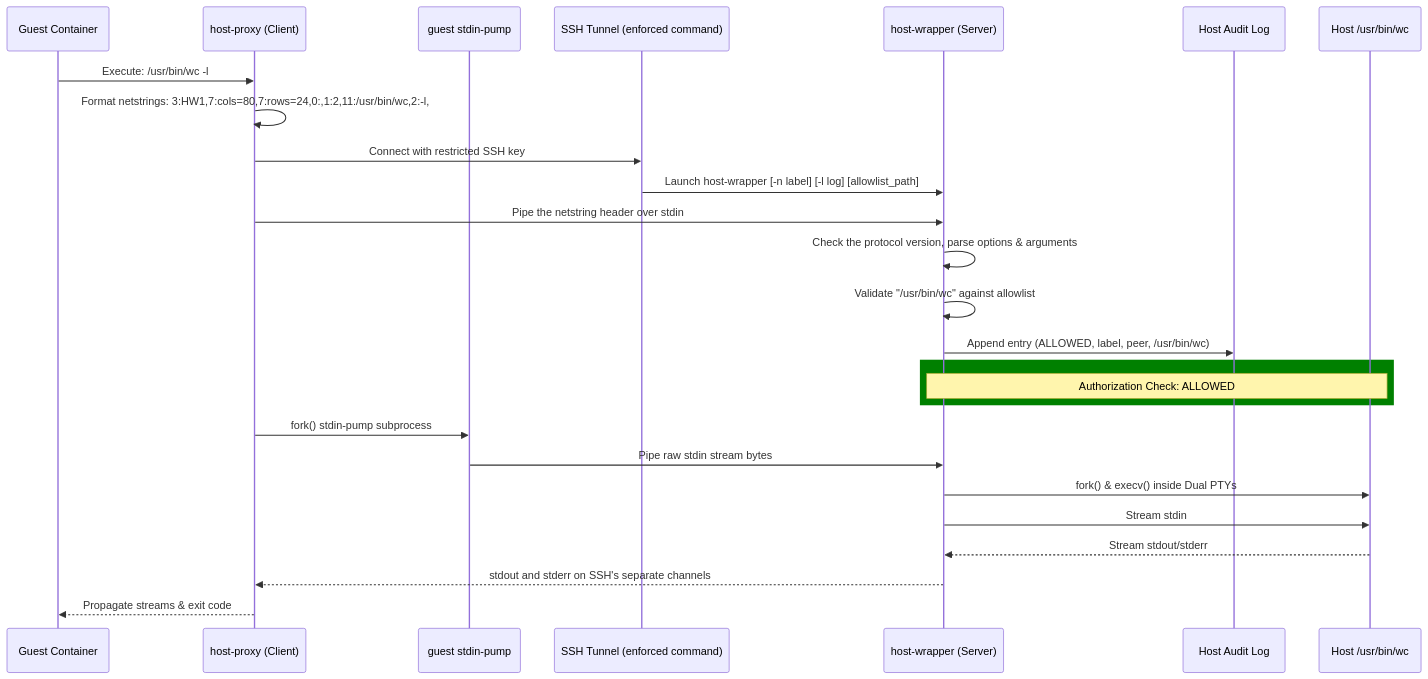
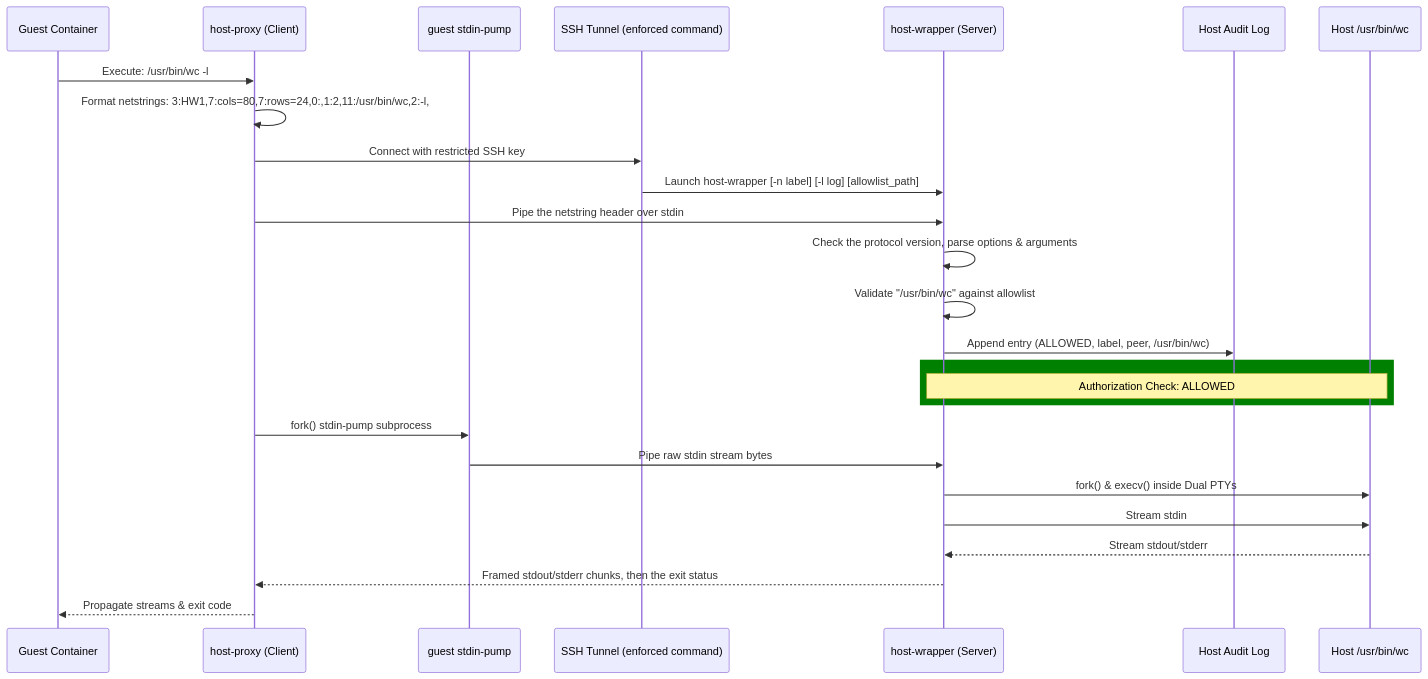
Before and after one commit to samirose/host-wrapper: the diagram in README.md, drawn with Mermaid. The commit also changed other lines of this file and 65 other files, not shown here.

First line of the commit message:
Frame the output streams and the exit status

````diff
--- a/README.md
+++ b/README.md
@@ -76,29 +76,29 @@
 ```mermaid
 sequenceDiagram
     participant Guest as Guest Container
     participant Proxy as host-proxy (Client)
     participant Pump as guest stdin-pump
     participant SSH as SSH Tunnel (enforced command)
     participant Wrapper as host-wrapper (Server)
     participant Log as Host Audit Log
     participant HostCmd as Host /usr/bin/wc
 
     Guest->>Proxy: Execute: /usr/bin/wc -l
     Proxy->>Proxy: Format netstrings: 3:HW1,7:cols=80,7:rows=24,0:,1:2,11:/usr/bin/wc,2:-l,
     Proxy->>SSH: Connect with restricted SSH key
     SSH->>Wrapper: Launch host-wrapper [-n label] [-l log] [allowlist_path]
     Proxy->>Wrapper: Pipe the netstring header over stdin
     Wrapper->>Wrapper: Check the protocol version, parse options & arguments
     Wrapper->>Wrapper: Validate "/usr/bin/wc" against allowlist
     Wrapper->>Log: Append entry (ALLOWED, label, peer, /usr/bin/wc)
     rect green
         Note over Wrapper,HostCmd: Authorization Check: ALLOWED
     end
     Proxy->>Pump: fork() stdin-pump subprocess
     Pump->>Wrapper: Pipe raw stdin stream bytes
     Wrapper->>HostCmd: fork() & execv() inside Dual PTYs
     Wrapper->>HostCmd: Stream stdin
     HostCmd-->>Wrapper: Stream stdout/stderr
-    Wrapper-->>Proxy: stdout and stderr on SSH's separate channels
+    Wrapper-->>Proxy: Framed stdout/stderr chunks, then the exit status
     Proxy-->>Guest: Propagate streams & exit code
 ```
````
